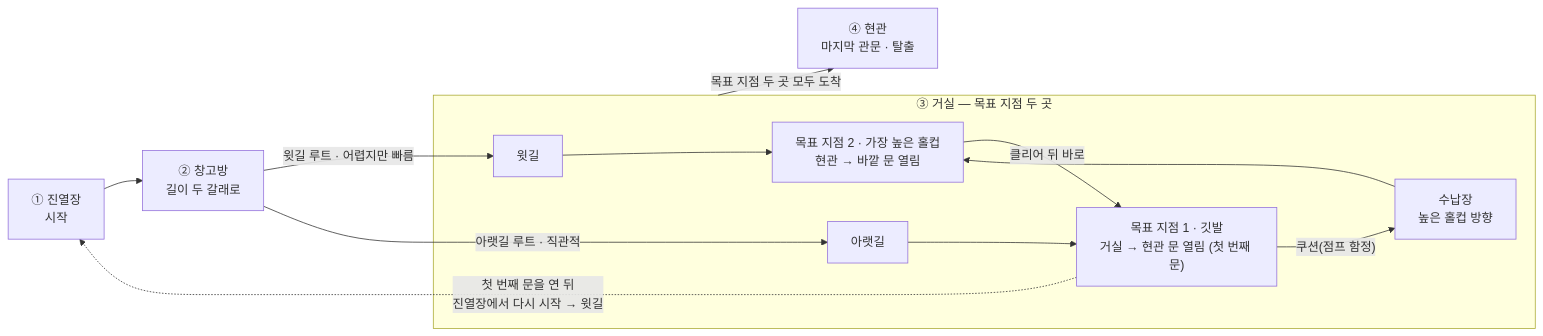
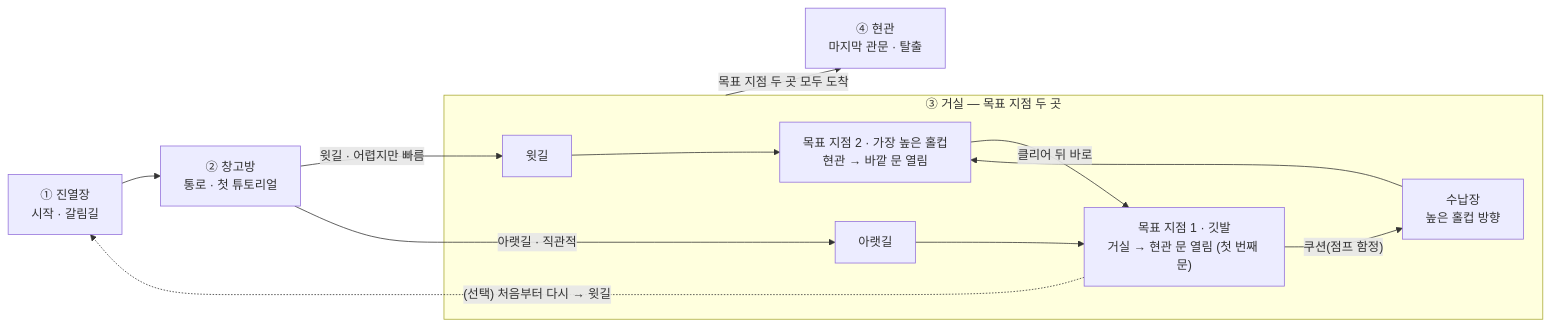
One commit to pinkshield/portfolio changed the diagram in src/3-escape-for-freedom/기술문서.md. Above: the diagram before and after it, drawn with Mermaid. The commit also changed other lines of this file and 8 other files, not shown here.

````diff
--- a/src/3-escape-for-freedom/기술문서.md
+++ b/src/3-escape-for-freedom/기술문서.md
@@ -66,15 +64,15 @@
 ```mermaid
 flowchart LR
-    A["① 진열장<br/>시작"] --> B["② 창고방<br/>길이 두 갈래로"]
+    A["① 진열장<br/>시작 · 갈림길"] --> B["② 창고방<br/>통로 · 첫 튜토리얼"]
     subgraph L["③ 거실 — 목표 지점 두 곳"]
         U["윗길"] --> G2["목표 지점 2 · 가장 높은 홀컵<br/>현관 → 바깥 문 열림"]
         G2 -->|"클리어 뒤 바로"| G1["목표 지점 1 · 깃발<br/>거실 → 현관 문 열림 (첫 번째 문)"]
         D["아랫길"] --> G1
         G1 -->|"쿠션(점프 함정)"| S["수납장<br/>높은 홀컵 방향"]
         S --> G2
     end
-    B -->|"윗길 루트 · 어렵지만 빠름"| U
-    B -->|"아랫길 루트 · 직관적"| D
-    G1 -.->|"첫 번째 문을 연 뒤<br/>진열장에서 다시 시작 → 윗길"| A
+    B -->|"윗길 · 어렵지만 빠름"| U
+    B -->|"아랫길 · 직관적"| D
+    G1 -.->|"(선택) 처음부터 다시 → 윗길"| A
     L -->|"목표 지점 두 곳 모두 도착"| E["④ 현관<br/>마지막 관문 · 탈출"]
 ```
````
